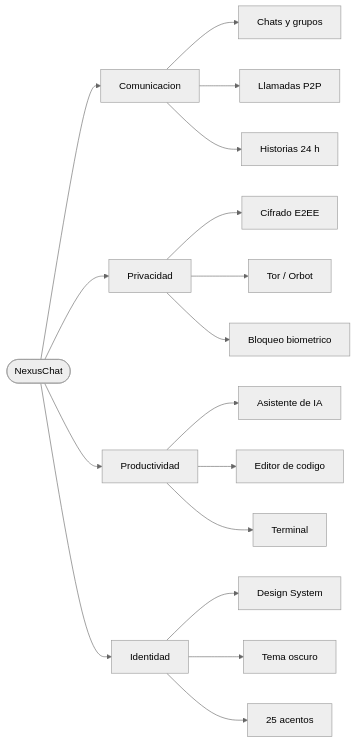
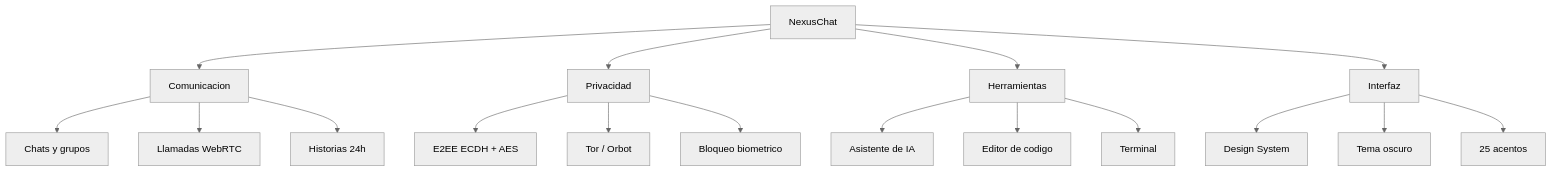
Before and after one commit to Azelmods677/NexusChat: the first of 6 diagrams in README.md, drawn with Mermaid (neutral theme). The commit also changed other lines of this file, not shown here.

````diff
--- a/README.md
+++ b/README.md
@@ -60,20 +80,20 @@
 ```mermaid
-flowchart LR
-    N(["NexusChat"])
+flowchart TD
+    N["NexusChat"]
     N --> C["Comunicacion"]
     N --> P["Privacidad"]
-    N --> T["Productividad"]
-    N --> I["Identidad"]
+    N --> H["Herramientas"]
+    N --> I["Interfaz"]
     C --> C1["Chats y grupos"]
-    C --> C2["Llamadas P2P"]
-    C --> C3["Historias 24 h"]
-    P --> P1["Cifrado E2EE"]
+    C --> C2["Llamadas WebRTC"]
+    C --> C3["Historias 24h"]
+    P --> P1["E2EE ECDH + AES"]
     P --> P2["Tor / Orbot"]
     P --> P3["Bloqueo biometrico"]
-    T --> T1["Asistente de IA"]
-    T --> T2["Editor de codigo"]
-    T --> T3["Terminal"]
+    H --> H1["Asistente de IA"]
+    H --> H2["Editor de codigo"]
+    H --> H3["Terminal"]
     I --> I1["Design System"]
     I --> I2["Tema oscuro"]
     I --> I3["25 acentos"]
 ```
````
